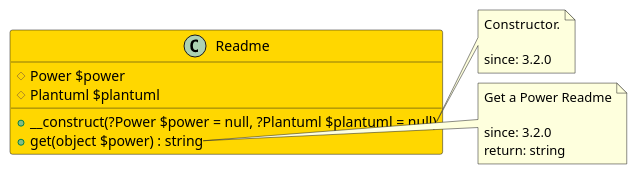
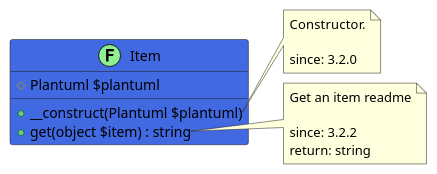
One commit to joomengine/jcb-compiler changed the diagram in src/efb1d0f8-2d14-4d2c-8b5f-4fcdd9df45a5/README.md. Above: the diagram before and after it, drawn with PlantUML. The commit also changed other lines of this file and 846 other files, not shown here.

````diff
--- a/src/efb1d0f8-2d14-4d2c-8b5f-4fcdd9df45a5/README.md
+++ b/src/efb1d0f8-2d14-4d2c-8b5f-4fcdd9df45a5/README.md
@@ -12,24 +12,23 @@
 ```uml
 @startuml
-class Readme  #Gold {
-  # Power $power
+class Item << (F,LightGreen) >> #RoyalBlue {
   # Plantuml $plantuml
-  + __construct(?Power $power = null, ?Plantuml $plantuml = null)
-  + get(object $power) : string
+  + __construct(Plantuml $plantuml)
+  + get(object $item) : string
 }
 
-note right of Readme::__construct
+note right of Item::__construct
   Constructor.
 
   since: 3.2.0
 end note
 
-note right of Readme::get
-  Get a Power Readme
+note right of Item::get
+  Get an item readme
 
-  since: 3.2.0
+  since: 3.2.2
   return: string
 end note
  
 @enduml
 ```
````
